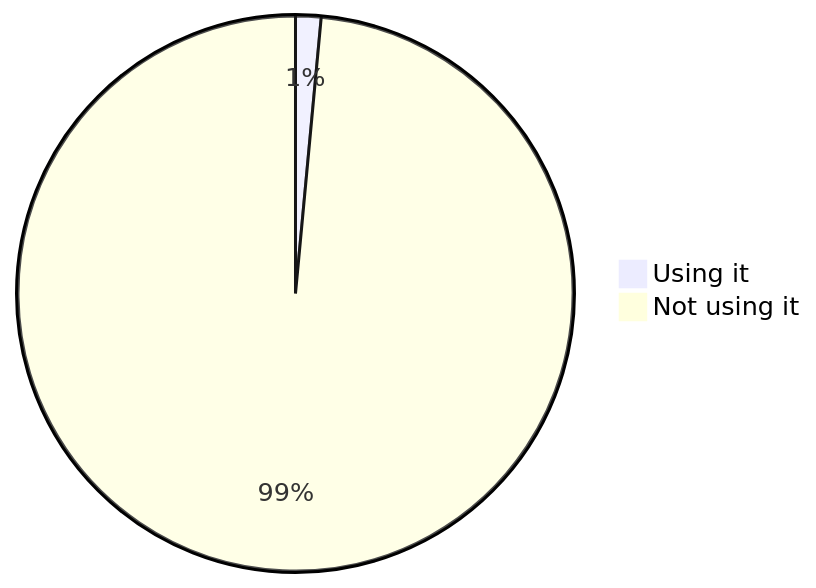
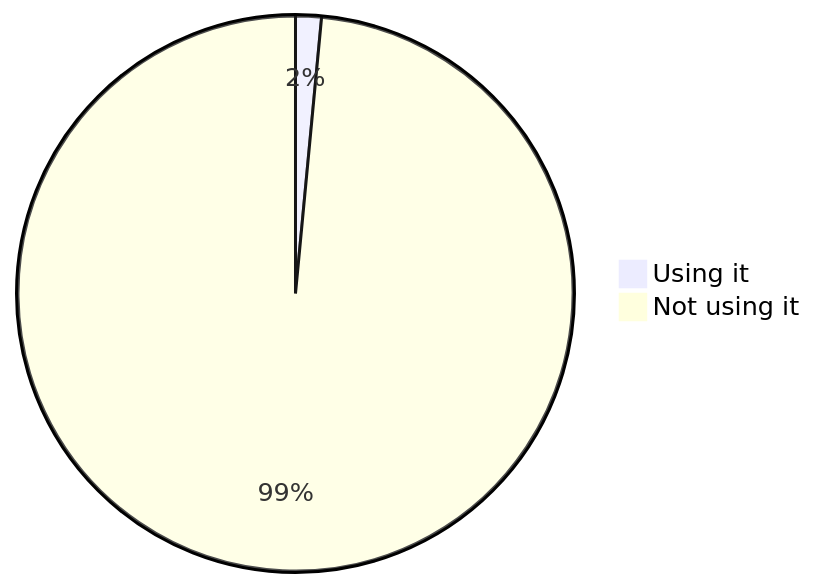
Before and after one commit to oshp/oshp-stats: the fifth of 22 diagrams in stats.md, drawn with Mermaid. The commit also changed other lines of this file, not shown here.

````diff
--- a/stats.md
+++ b/stats.md
@@ -58,6 +58,6 @@
 ```mermaid
 pie
-	"Using it" : 1.48
-	"Not using it" : 98.52
+	"Using it" : 1.5
+	"Not using it" : 98.5
 
 ```
````
